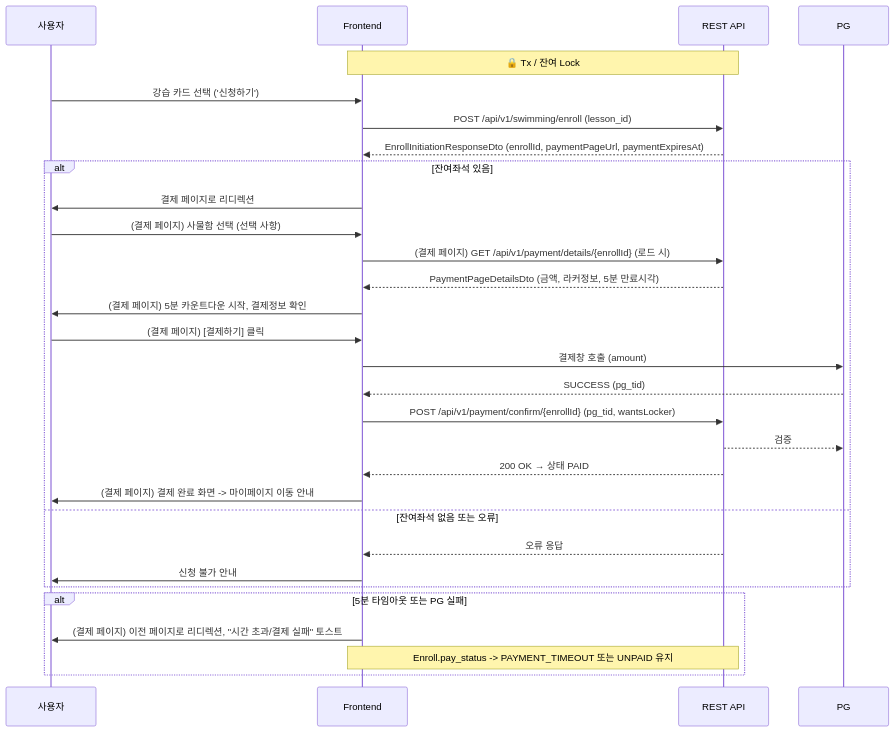
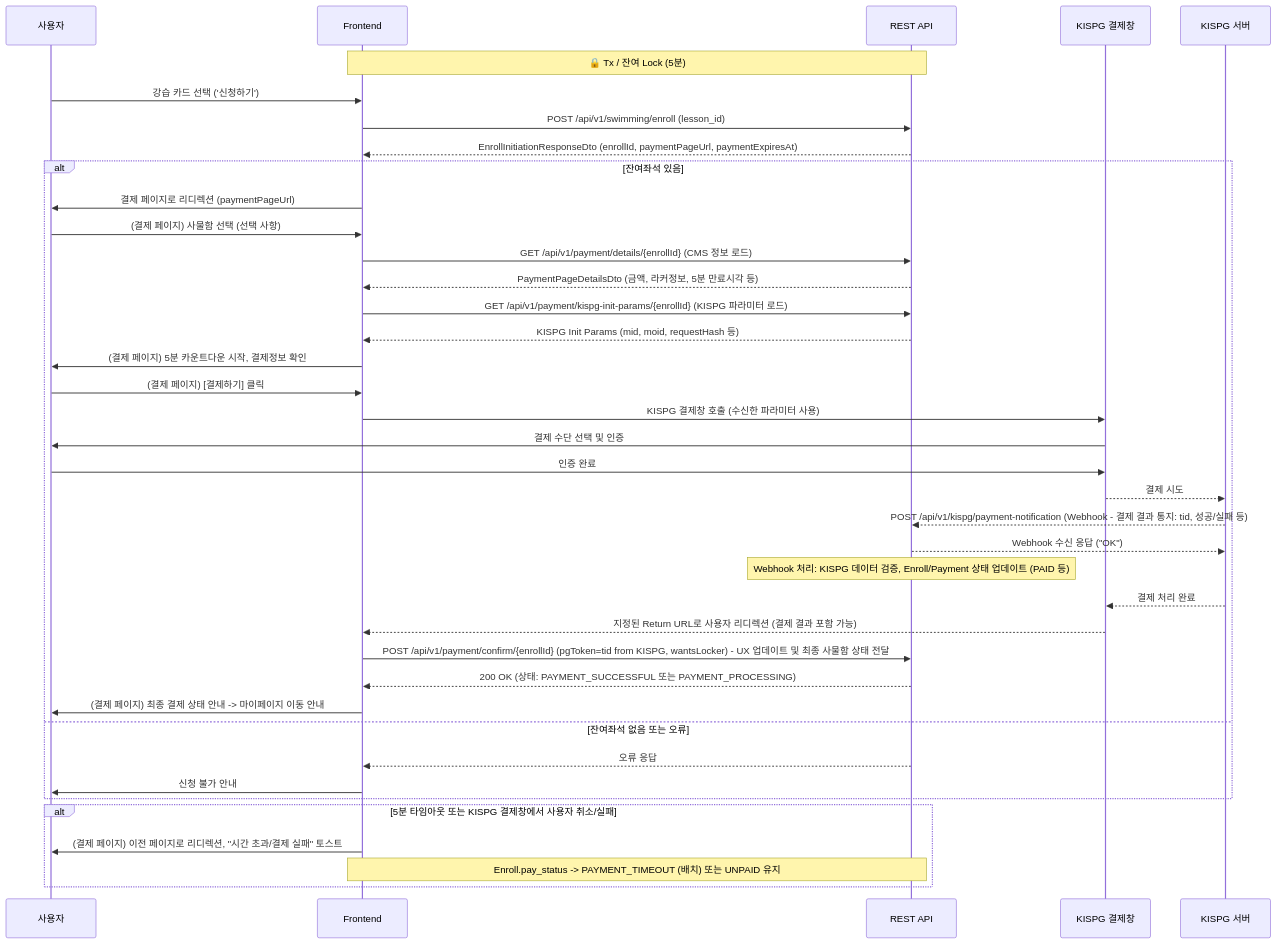
One commit to Russ481-k/arpina-server changed the diagram in Docs/cms/swim-user.md. Above: the diagram before and after it, drawn with Mermaid. The commit also changed other lines of this file and 7 other files, not shown here.

First line of the commit message:
Add KISPG payment integration documentation and update related files

````diff
--- a/Docs/cms/swim-user.md
+++ b/Docs/cms/swim-user.md
@@ -31,32 +31,44 @@
   ```mermaid
   sequenceDiagram
       participant U as 사용자
       participant FE as Frontend
       participant API as REST API
-      participant PG as PG
-      Note over FE,API: 🔒 Tx / 잔여 Lock
+      participant KISPG_Window as KISPG 결제창
+      participant KISPG_Server as KISPG 서버
+
+      Note over FE,API: 🔒 Tx / 잔여 Lock (5분)
       U->>FE: 강습 카드 선택 ('신청하기')
       FE->>API: POST /api/v1/swimming/enroll (lesson_id)
       API-->>FE: EnrollInitiationResponseDto (enrollId, paymentPageUrl, paymentExpiresAt)
+
       alt 잔여좌석 있음
-          FE->>U: 결제 페이지로 리디렉션
+          FE->>U: 결제 페이지로 리디렉션 (paymentPageUrl)
           U->>FE: (결제 페이지) 사물함 선택 (선택 사항)
-          FE->>API: (결제 페이지) GET /api/v1/payment/details/{enrollId} (로드 시)
-          API-->>FE: PaymentPageDetailsDto (금액, 라커정보, 5분 만료시각)
+          FE->>API: GET /api/v1/payment/details/{enrollId} (CMS 정보 로드)
+          API-->>FE: PaymentPageDetailsDto (금액, 라커정보, 5분 만료시각 등)
+          FE->>API: GET /api/v1/payment/kispg-init-params/{enrollId} (KISPG 파라미터 로드)
+          API-->>FE: KISPG Init Params (mid, moid, requestHash 등)
           FE->>U: (결제 페이지) 5분 카운트다운 시작, 결제정보 확인
           U->>FE: (결제 페이지) [결제하기] 클릭
-          FE->>PG: 결제창 호출 (amount)
-          PG-->>FE: SUCCESS (pg_tid)
-          FE->>API: POST /api/v1/payment/confirm/{enrollId} (pg_tid, wantsLocker)
-          API-->>PG: 검증
-          API-->>FE: 200 OK → 상태 PAID
-          FE->>U: (결제 페이지) 결제 완료 화면 -> 마이페이지 이동 안내
+          FE->>KISPG_Window: KISPG 결제창 호출 (수신한 파라미터 사용)
+          KISPG_Window->>U: 결제 수단 선택 및 인증
+          U->>KISPG_Window: 인증 완료
+          KISPG_Window-->>KISPG_Server: 결제 시도
+          KISPG_Server-->>API: POST /api/v1/kispg/payment-notification (Webhook - 결제 결과 통지: tid, 성공/실패 등)
+          API-->>KISPG_Server: Webhook 수신 응답 ("OK")
+          Note over API: Webhook 처리: KISPG 데이터 검증, Enroll/Payment 상태 업데이트 (PAID 등)
+          KISPG_Server-->>KISPG_Window: 결제 처리 완료
+          KISPG_Window-->>FE: 지정된 Return URL로 사용자 리디렉션 (결제 결과 포함 가능)
+          FE->>API: POST /api/v1/payment/confirm/{enrollId} (pgToken=tid from KISPG, wantsLocker) - UX 업데이트 및 최종 사물함 상태 전달
+          API-->>FE: 200 OK (상태: PAYMENT_SUCCESSFUL 또는 PAYMENT_PROCESSING)
+          FE->>U: (결제 페이지) 최종 결제 상태 안내 -> 마이페이지 이동 안내
       else 잔여좌석 없음 또는 오류
           API-->>FE: 오류 응답
           FE->>U: 신청 불가 안내
       end
-      alt 5분 타임아웃 또는 PG 실패
+
+      alt 5분 타임아웃 또는 KISPG 결제창에서 사용자 취소/실패
           FE->>U: (결제 페이지) 이전 페이지로 리디렉션, "시간 초과/결제 실패" 토스트
-          Note over FE,API: Enroll.pay_status -> PAYMENT_TIMEOUT 또는 UNPAID 유지
+          Note over FE,API: Enroll.pay_status -> PAYMENT_TIMEOUT (배치) 또는 UNPAID 유지
       end
   ```
````
